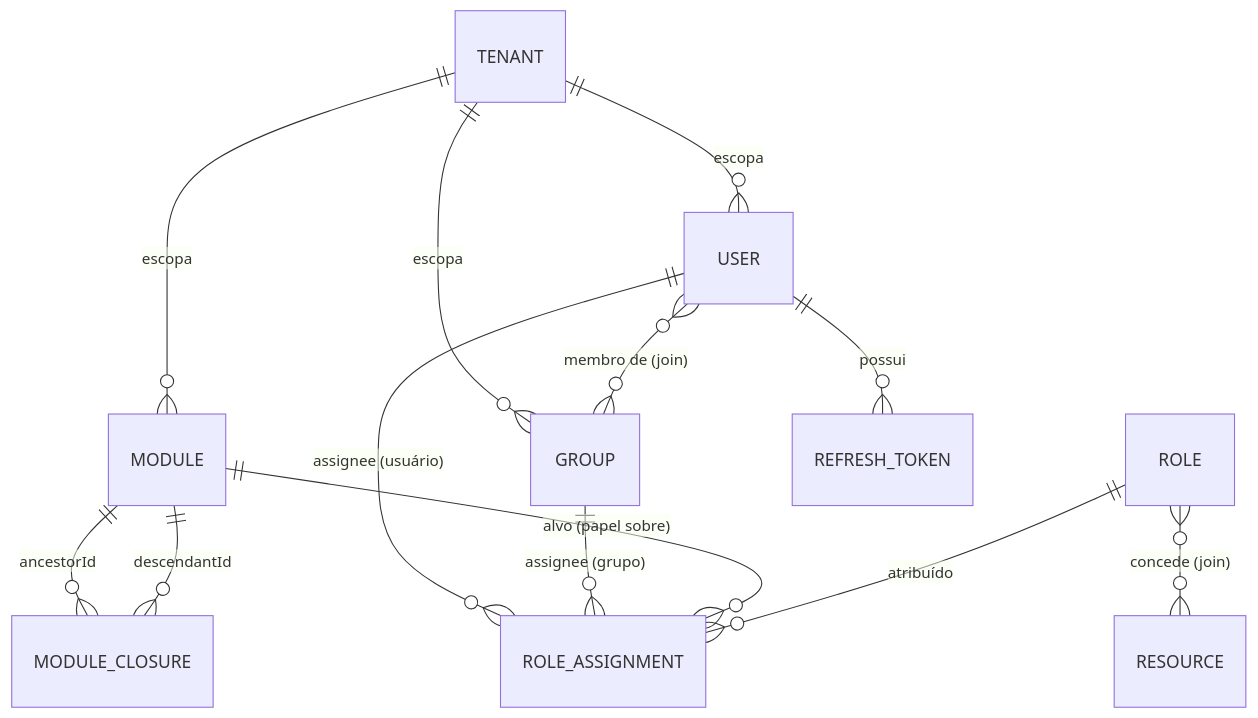
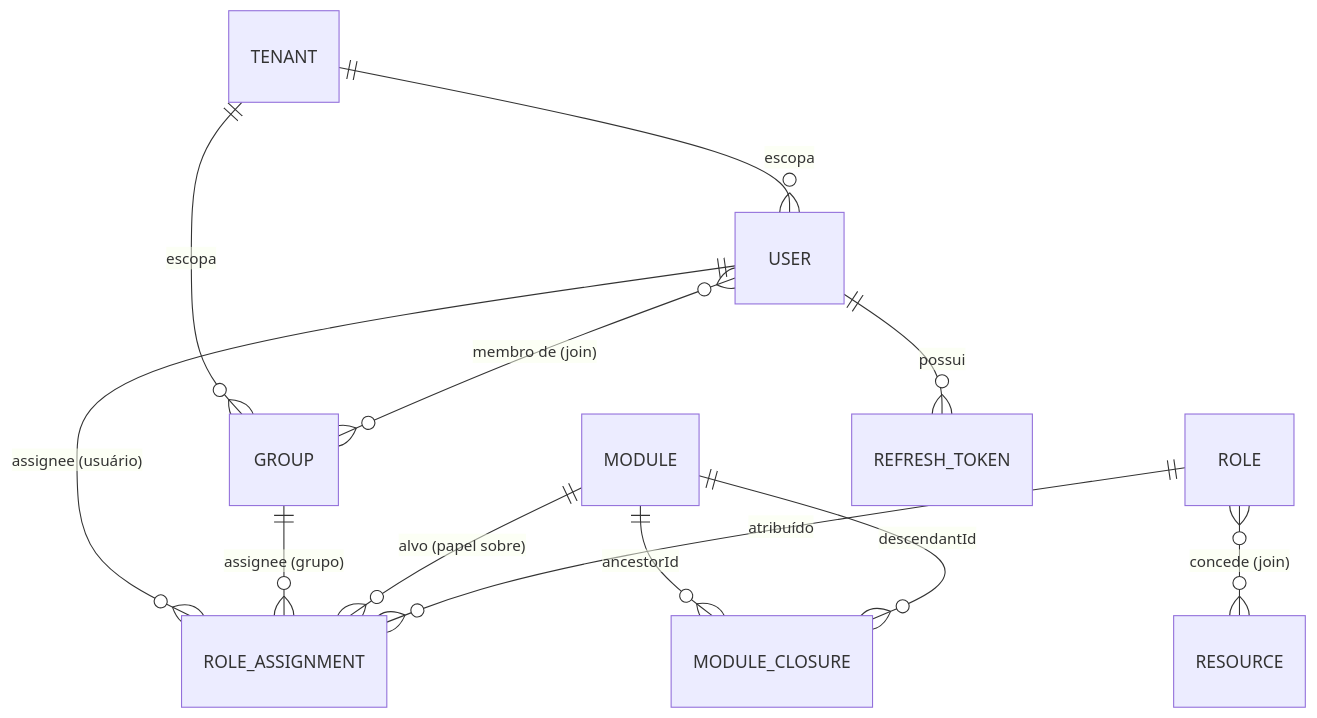
The second of 2 diagrams in _bmad-output/planning-artifacts/architecture/architecture-Aether-2026-08-14/ARCHITECTURE-SPINE.md (rvavretchek/aether), drawn with Mermaid before and after one commit. The commit also changed other lines of this file and 10 other files, not shown here.

````diff
--- a/_bmad-output/planning-artifacts/architecture/architecture-Aether-2026-08-14/ARCHITECTURE-SPINE.md
+++ b/_bmad-output/planning-artifacts/architecture/architecture-Aether-2026-08-14/ARCHITECTURE-SPINE.md
@@ -182,15 +182,14 @@
 ```mermaid
 erDiagram
-    TENANT ||--o{ MODULE : escopa
     TENANT ||--o{ USER : escopa
     TENANT ||--o{ GROUP : escopa
     MODULE ||--o{ MODULE_CLOSURE : "ancestorId"
     MODULE ||--o{ MODULE_CLOSURE : "descendantId"
     USER }o--o{ GROUP : "membro de (join)"
     USER ||--o{ ROLE_ASSIGNMENT : "assignee (usuário)"
     GROUP ||--o{ ROLE_ASSIGNMENT : "assignee (grupo)"
     MODULE ||--o{ ROLE_ASSIGNMENT : "alvo (papel sobre)"
     ROLE ||--o{ ROLE_ASSIGNMENT : atribuído
     ROLE }o--o{ RESOURCE : "concede (join)"
     USER ||--o{ REFRESH_TOKEN : possui
 ```
````
